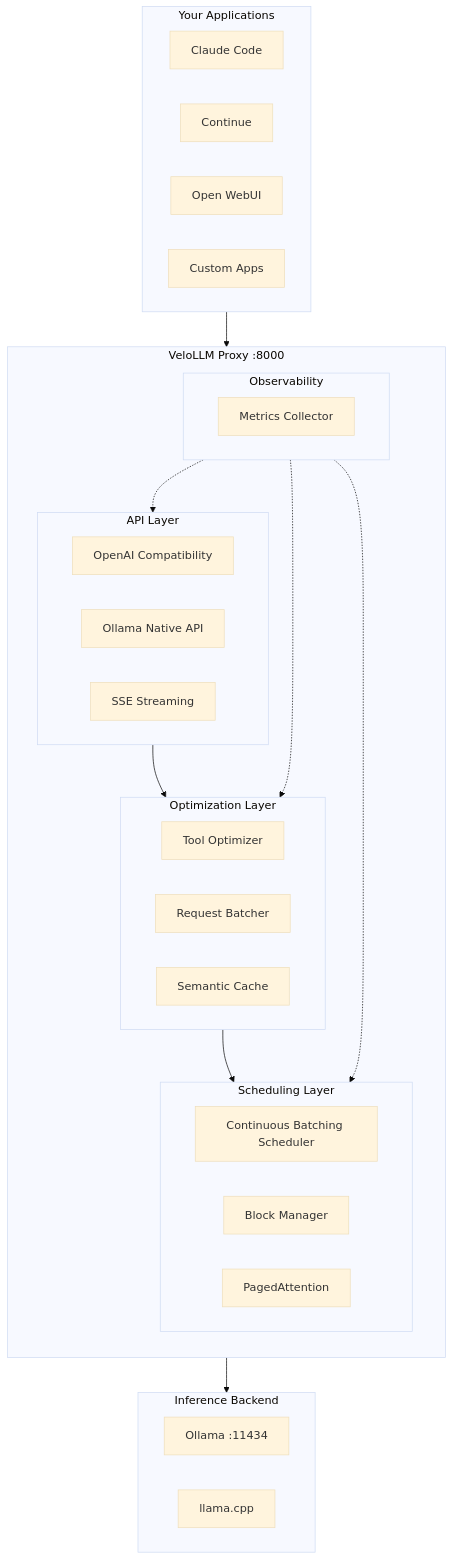
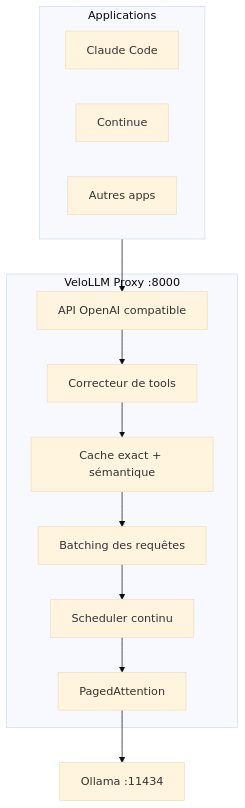
The diagram in README.md (ArthurDEV44/velollm), drawn with Mermaid (base theme) before and after one commit. The commit also changed other lines of this file and 9 other files, not shown here.

````diff
--- a/README.md
+++ b/README.md
@@ -45,48 +221,27 @@
 ```mermaid
 flowchart TB
-    subgraph Applications["Your Applications"]
+    subgraph Apps["Applications"]
         CC[Claude Code]
         CW[Continue]
-        OW[Open WebUI]
-        CA[Custom Apps]
+        CA[Autres apps]
     end
 
     subgraph Proxy["VeloLLM Proxy :8000"]
-        direction TB
-
-        subgraph Layer1["API Layer"]
-            OAI[OpenAI Compatibility]
-            NAT[Ollama Native API]
-            SSE[SSE Streaming]
-        end
-
-        subgraph Layer2["Optimization Layer"]
-            TO[Tool Optimizer]
-            RB[Request Batcher]
-            SC[Semantic Cache]
-        end
-
-        subgraph Layer3["Scheduling Layer"]
-            CBS[Continuous Batching Scheduler]
-            BM[Block Manager]
-            PA[PagedAttention]
-        end
-
-        subgraph Layer4["Observability"]
-            MET[Metrics Collector]
-        end
+        API[API OpenAI compatible]
+        TOOL[Correcteur de tools]
+        CACHE[Cache exact + sémantique]
+        BATCH[Batching des requêtes]
+        SCHED[Scheduler continu]
+        MEM[PagedAttention]
     end
 
-    subgraph Backend["Inference Backend"]
-        OLL[Ollama :11434]
-        LCPP[llama.cpp]
-    end
+    OLL[Ollama :11434]
 
-    Applications --> Layer1
-    Layer1 --> Layer2
-    Layer2 --> Layer3
-    Layer3 --> Backend
-    Layer4 -.-> Layer1
-    Layer4 -.-> Layer2
-    Layer4 -.-> Layer3
+    Apps --> API
+    API --> TOOL
+    TOOL --> CACHE
+    CACHE --> BATCH
+    BATCH --> SCHED
+    SCHED --> MEM
+    MEM --> OLL
 ```
````
